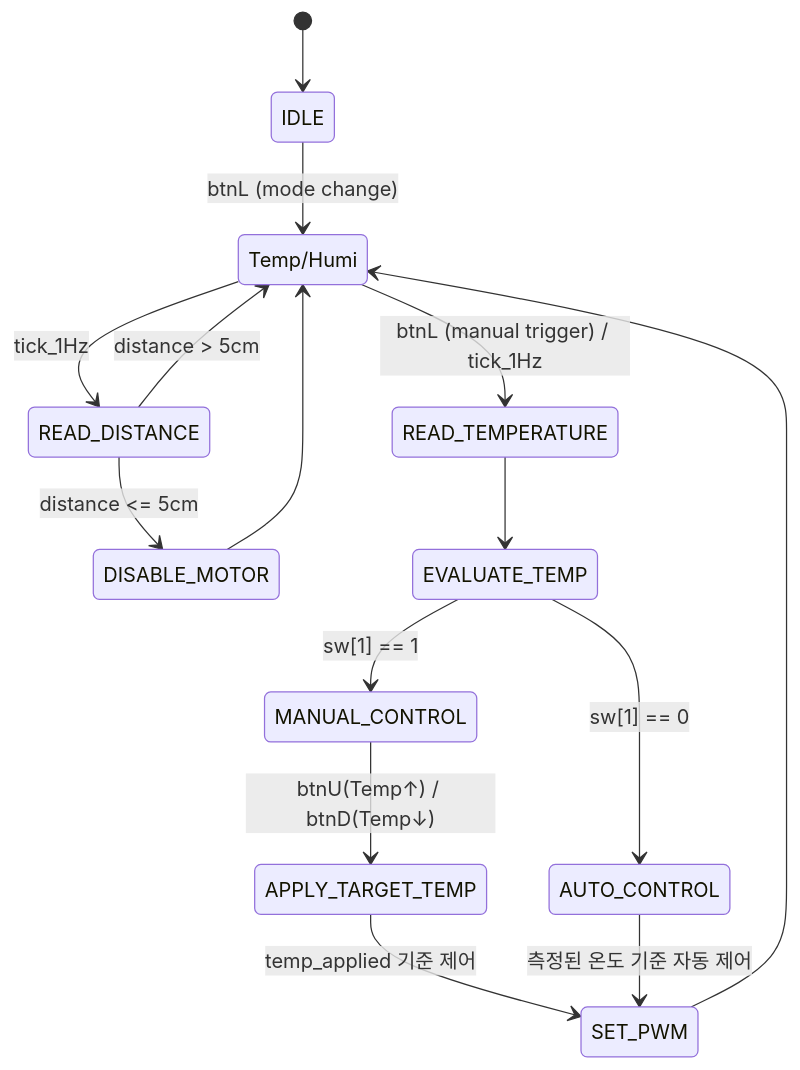
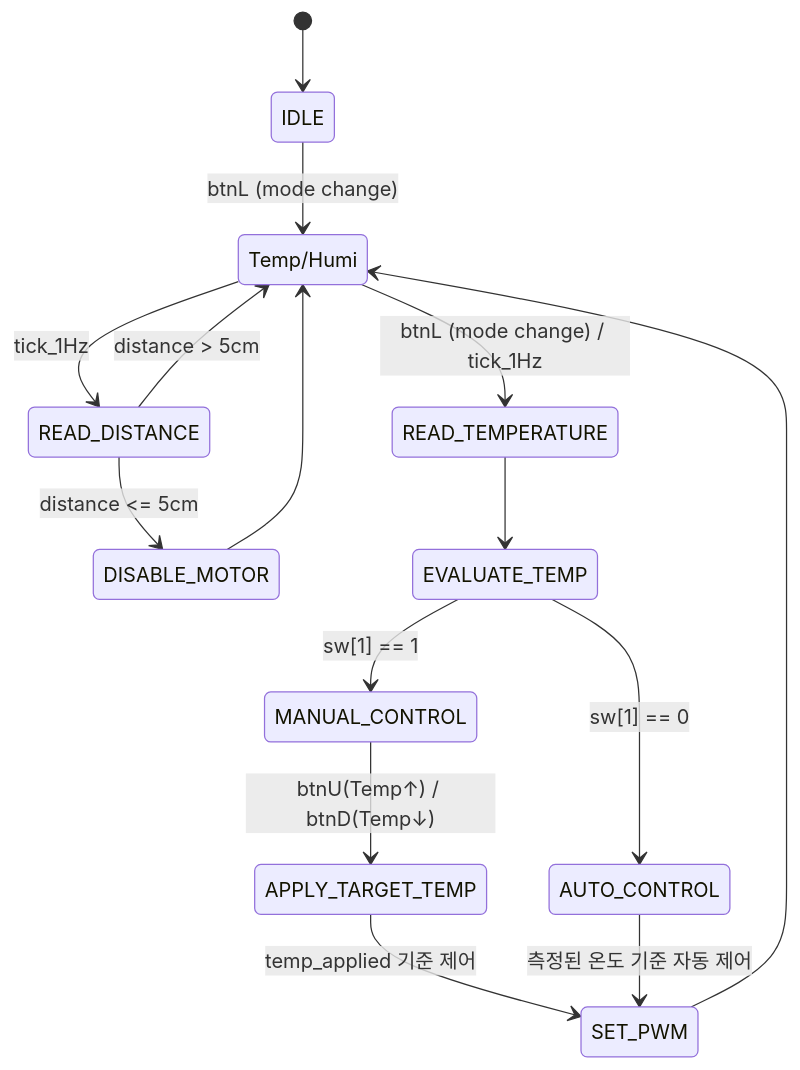
The third of 5 diagrams in 15.BESPOKE/README.md (SE0NGH0/AI_Verilog_HDL), drawn with Mermaid before and after one commit.

````diff
--- a/15.BESPOKE/README.md
+++ b/15.BESPOKE/README.md
@@ -94,17 +94,17 @@
 ```mermaid
 stateDiagram-v2
     [*] --> IDLE
     IDLE --> Temp/Humi: btnL (mode change)
     Temp/Humi --> READ_DISTANCE: tick_1Hz
-    Temp/Humi --> READ_TEMPERATURE: btnL (manual trigger) / tick_1Hz
+    Temp/Humi --> READ_TEMPERATURE: btnL (mode change) / tick_1Hz
     READ_DISTANCE --> DISABLE_MOTOR: distance <= 5cm
     READ_DISTANCE --> Temp/Humi: distance > 5cm
     READ_TEMPERATURE --> EVALUATE_TEMP
     EVALUATE_TEMP --> MANUAL_CONTROL: sw[1] == 1
     EVALUATE_TEMP --> AUTO_CONTROL: sw[1] == 0
     MANUAL_CONTROL --> APPLY_TARGET_TEMP: btnU(Temp↑) / btnD(Temp↓)
     APPLY_TARGET_TEMP --> SET_PWM: temp_applied 기준 제어
     AUTO_CONTROL --> SET_PWM: 측정된 온도 기준 자동 제어
     SET_PWM --> Temp/Humi
     DISABLE_MOTOR --> Temp/Humi
 ```
````
